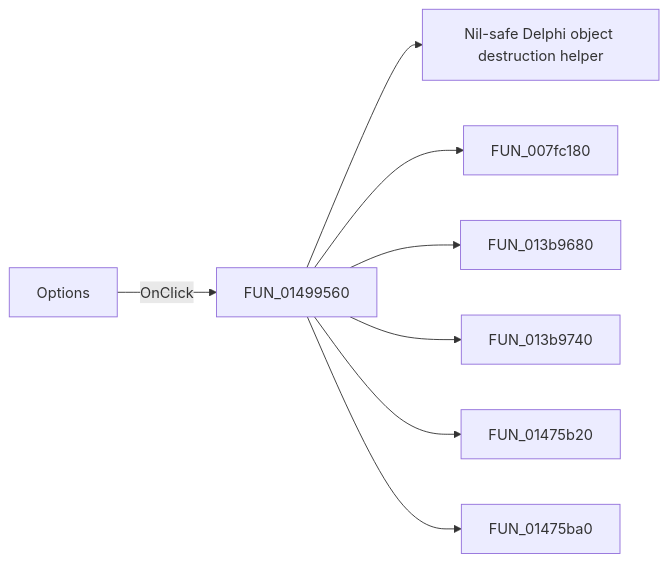
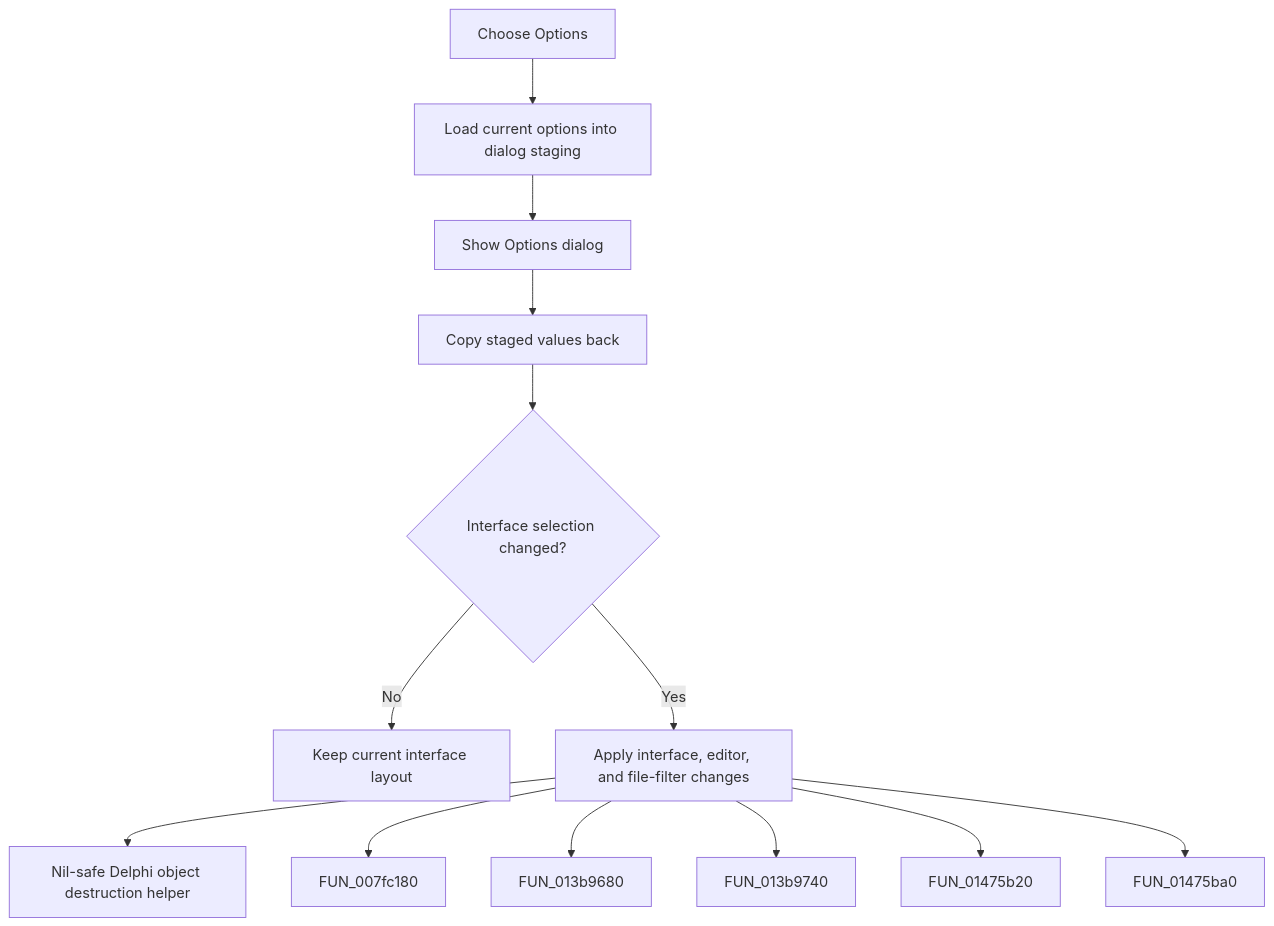
Before and after one commit to MovGP0/TIARA: the diagram in docs/ui-controls/frmdesigntool/mioptions-dd00746a5d.md, drawn with Mermaid. The commit also changed other lines of this file and 387 other files, not shown here.

````diff
--- a/docs/ui-controls/frmdesigntool/mioptions-dd00746a5d.md
+++ b/docs/ui-controls/frmdesigntool/mioptions-dd00746a5d.md
@@ -27,10 +27,15 @@
 ```mermaid
-flowchart LR
-    control["Options"] -->|OnClick| handler["FUN_01499560"]
+flowchart TD
+    control["Choose Options"] --> stage["Load current options into dialog staging"]
+    stage --> dialog["Show Options dialog"]
+    dialog --> copy["Copy staged values back"]
+    copy --> changed{"Interface selection changed?"}
+    changed -->|No| stop["Keep current interface layout"]
+    changed -->|Yes| handler["Apply interface, editor, and file-filter changes"]
     handler --> call1["Nil-safe Delphi object destruction helper"]
     handler --> call2["FUN_007fc180"]
     handler --> call3["FUN_013b9680"]
     handler --> call4["FUN_013b9740"]
     handler --> call5["FUN_01475b20"]
     handler --> call6["FUN_01475ba0"]
 ```
````
